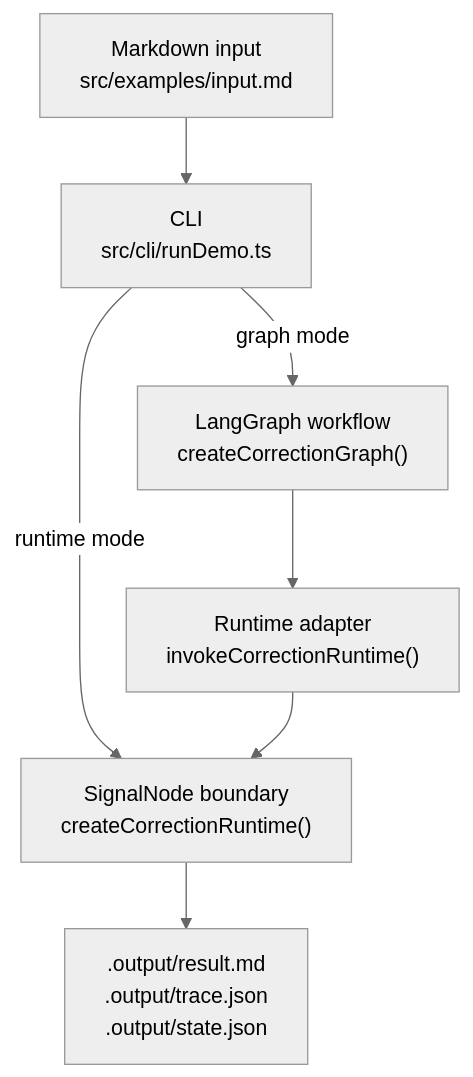
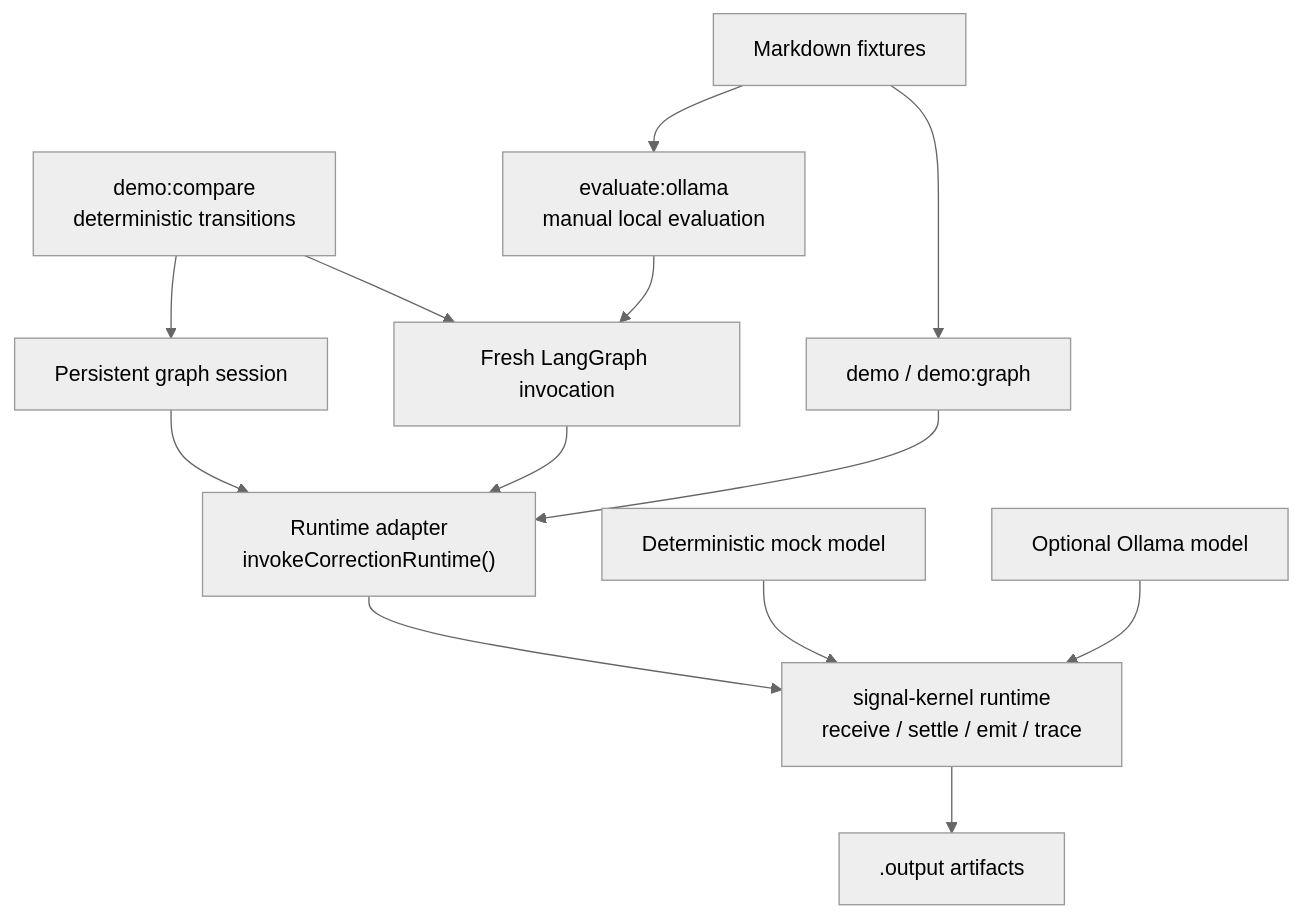
One commit to Luciano0322/reactive-correction-graph changed the first of 2 diagrams in README.md. Above: the diagram before and after it, drawn with Mermaid (neutral theme). The commit also changed other lines of this file and 8 other files, not shown here.

````diff
--- a/README.md
+++ b/README.md
@@ -11,16 +12,27 @@
 ```mermaid
 flowchart TD
-  input["Markdown input<br/>src/examples/input.md"]
-  cli["CLI<br/>src/cli/runDemo.ts"]
-  graphNode["LangGraph workflow<br/>createCorrectionGraph()"]
+  markdown["Markdown fixtures"]
+  demo["demo / demo:graph"]
+  comparison["demo:compare<br/>deterministic transitions"]
+  evaluation["evaluate:ollama<br/>manual local evaluation"]
+  eager["Fresh LangGraph invocation"]
+  session["Persistent graph session"]
   adapter["Runtime adapter<br/>invokeCorrectionRuntime()"]
-  runtime["SignalNode boundary<br/>createCorrectionRuntime()"]
-  output[".output/result.md<br/>.output/trace.json<br/>.output/state.json"]
+  runtime["signal-kernel runtime<br/>receive / settle / emit / trace"]
+  mock["Deterministic mock model"]
+  ollama["Optional Ollama model"]
+  artifacts[".output artifacts"]
 
-  input --> cli
-  cli -->|"runtime mode"| runtime
-  cli -->|"graph mode"| graphNode
-  graphNode --> adapter
+  markdown --> demo
+  markdown --> evaluation
+  demo --> adapter
+  comparison --> eager
+  comparison --> session
+  evaluation --> eager
+  eager --> adapter
+  session --> adapter
   adapter --> runtime
-  runtime --> output
+  mock --> runtime
+  ollama --> runtime
+  runtime --> artifacts
 ```
````
